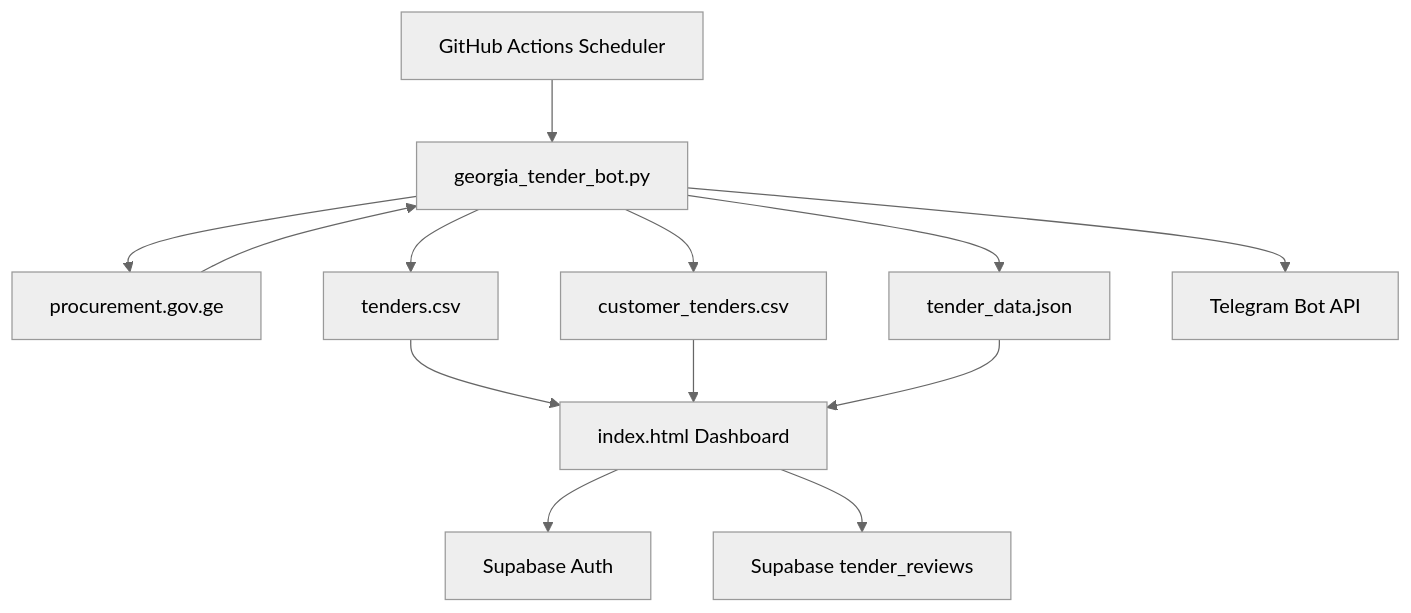
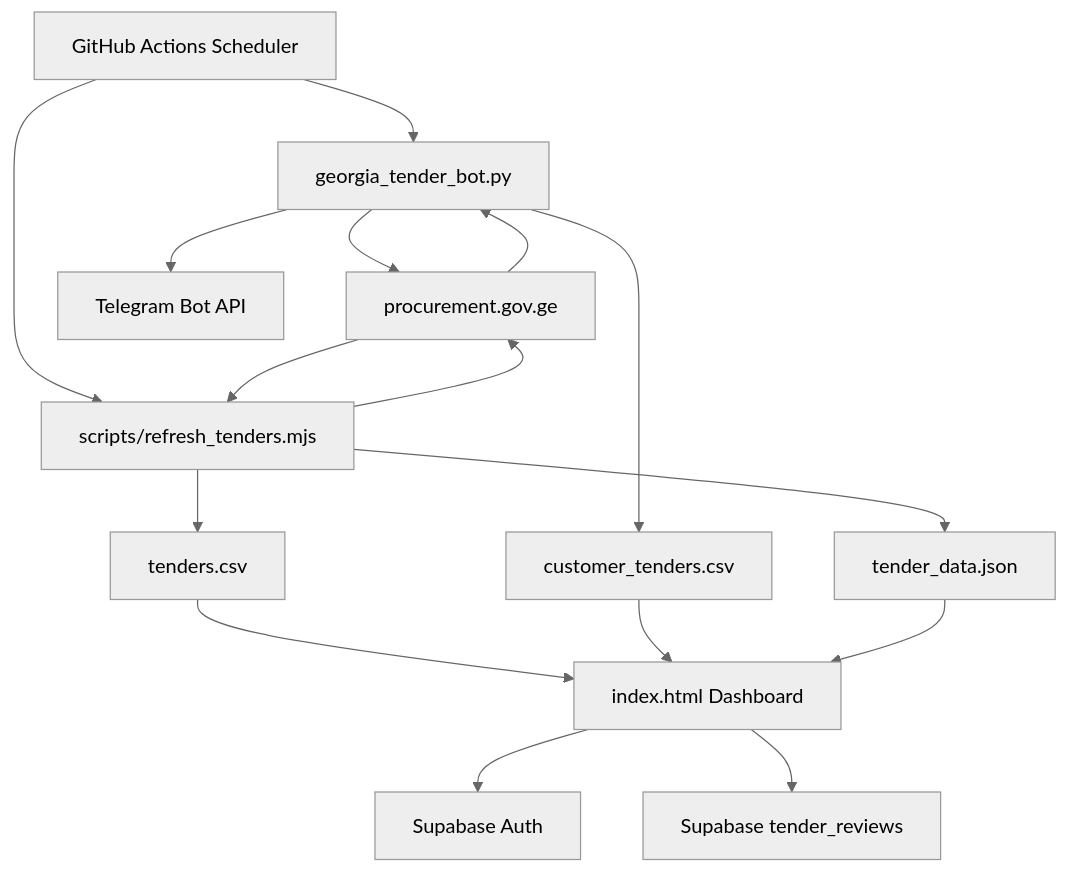
The first of 4 diagrams in SYSTEM_ARCHITECTURE.md (shinonkg/gpt-georgia-tender-bot), drawn with Mermaid (neutral theme) before and after one commit. The commit also changed other lines of this file and 9 other files, not shown here.

Commit message:
Update docs for tender refresh architecture

````diff
--- a/SYSTEM_ARCHITECTURE.md
+++ b/SYSTEM_ARCHITECTURE.md
@@ -9,15 +9,18 @@
 ```mermaid
 flowchart TD
     A["GitHub Actions Scheduler"] --> B["georgia_tender_bot.py"]
+    A --> K["scripts/refresh_tenders.mjs"]
     B --> C["procurement.gov.ge"]
+    K --> C
     C --> B
-    B --> D["tenders.csv"]
+    C --> K
+    K --> D["tenders.csv"]
+    K --> F["tender_data.json"]
     B --> E["customer_tenders.csv"]
-    B --> F["tender_data.json"]
     B --> G["Telegram Bot API"]
     D --> H["index.html Dashboard"]
     E --> H
     F --> H
     H --> I["Supabase Auth"]
     H --> J["Supabase tender_reviews"]
 ```
````
